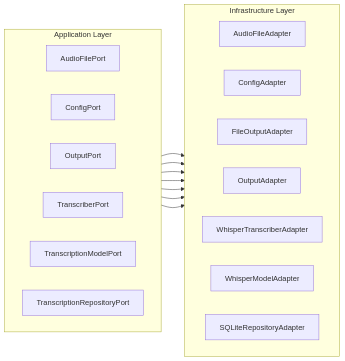
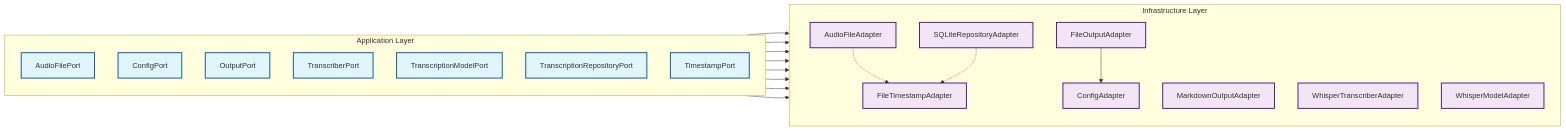
The diagram in docs/diagrams/ports_and_adapters.md (dudarev/speechdown), drawn with Mermaid before and after one commit. The commit also changed other lines of this file and 10 other files, not shown here.

First line of the commit message:
Refactor timestamp handling by introducing TimestampPort and FileTimestampAdapter

````diff
--- a/docs/diagrams/ports_and_adapters.md
+++ b/docs/diagrams/ports_and_adapters.md
@@ -5,31 +5,45 @@
 ```mermaid
 graph LR
-    subgraph Application Layer
-        direction LR
+    subgraph "Application Layer"
+        direction TB
         P1[AudioFilePort]
         P2[ConfigPort]
         P3[OutputPort]
         P4[TranscriberPort]
         P5[TranscriptionModelPort]
         P6[TranscriptionRepositoryPort]
+        P7[TimestampPort]
     end
 
-    subgraph Infrastructure Layer
-        direction LR
+    subgraph "Infrastructure Layer"
+        direction TB
         A1[AudioFileAdapter]
         A2[ConfigAdapter]
         A3[FileOutputAdapter]
-        A3b[OutputAdapter] 
+        A3b[MarkdownOutputAdapter] 
         A4[WhisperTranscriberAdapter]
         A5[WhisperModelAdapter]
         A6[SQLiteRepositoryAdapter]
+        A7[FileTimestampAdapter]
     end
 
     P1 --> A1
     P2 --> A2
     P3 --> A3
     P3 --> A3b
     P4 --> A4
     P5 --> A5
     P6 --> A6
+    P7 --> A7
+
+    %% Dependencies between adapters
+    A1 -.-> A7
+    A6 -.-> A7
+    A3 --> A2
+
+    classDef portStyle fill:#e1f5fe,stroke:#01579b,stroke-width:2px
+    classDef adapterStyle fill:#f3e5f5,stroke:#4a148c,stroke-width:2px
+
+    class P1,P2,P3,P4,P5,P6,P7 portStyle
+    class A1,A2,A3,A3b,A4,A5,A6,A7 adapterStyle
 ```
````
